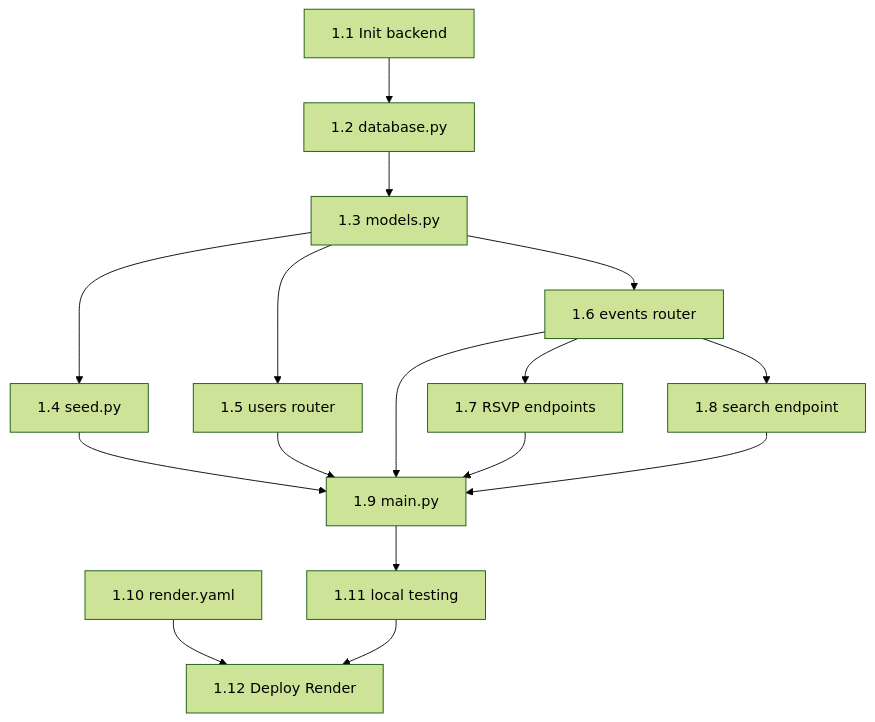
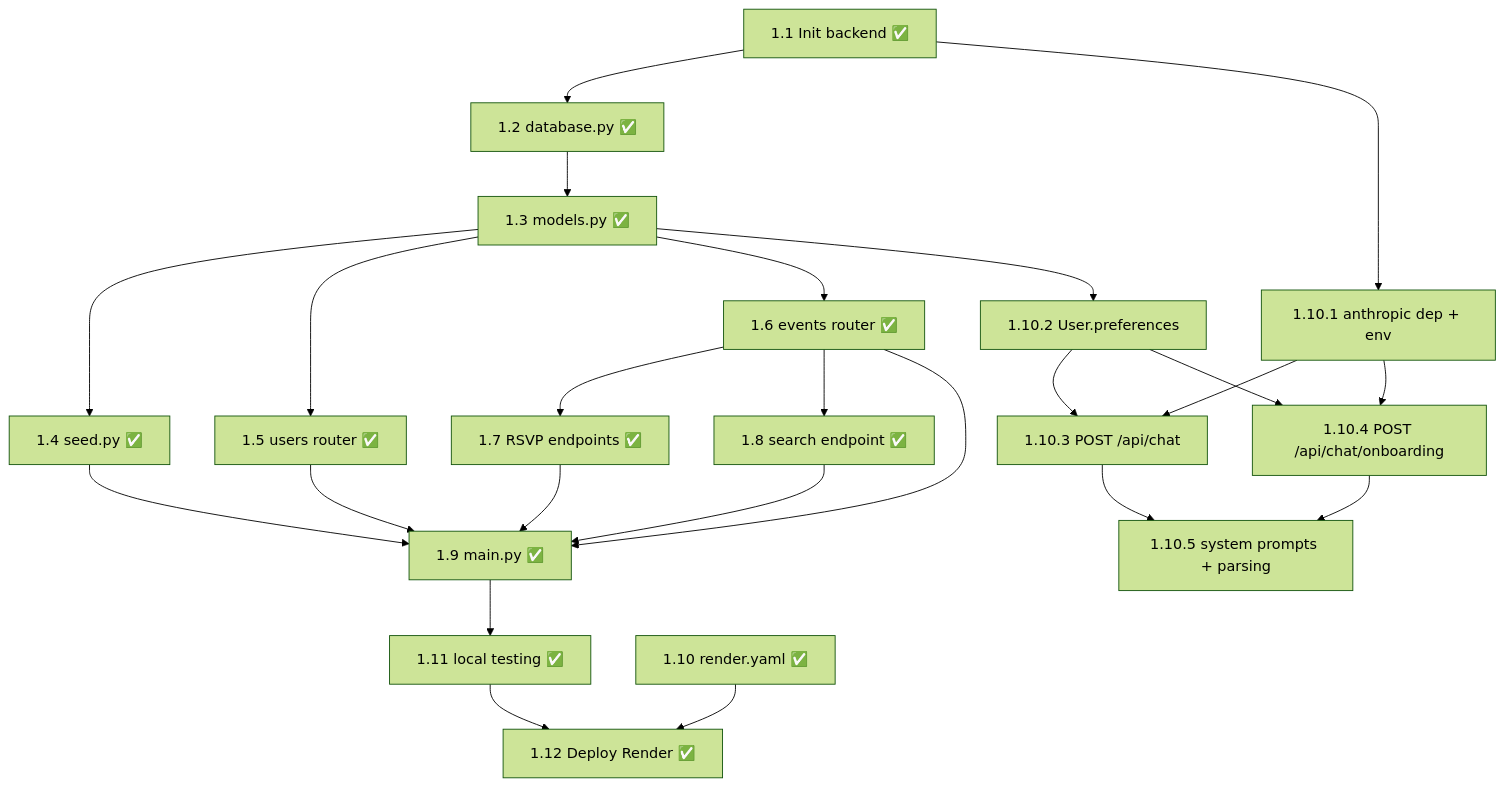
The diagram in docs/dev1-dependencies.md (matthewpaolosbilo/claude-impact-lab-melbourne-team-5), drawn with Mermaid (forest theme) before and after one commit. The commit also changed other lines of this file and 4 other files, not shown here.

````diff
--- a/docs/dev1-dependencies.md
+++ b/docs/dev1-dependencies.md
@@ -32,18 +37,27 @@
 ```mermaid
 graph TD
-    1.1[1.1 Init backend] --> 1.2[1.2 database.py]
-    1.2 --> 1.3[1.3 models.py]
-    1.3 --> 1.4[1.4 seed.py]
-    1.3 --> 1.5[1.5 users router]
-    1.3 --> 1.6[1.6 events router]
-    1.6 --> 1.7[1.7 RSVP endpoints]
-    1.6 --> 1.8[1.8 search endpoint]
-    1.4 --> 1.9[1.9 main.py]
+    1.1[1.1 Init backend ✅] --> 1.2[1.2 database.py ✅]
+    1.2 --> 1.3[1.3 models.py ✅]
+    1.3 --> 1.4[1.4 seed.py ✅]
+    1.3 --> 1.5[1.5 users router ✅]
+    1.3 --> 1.6[1.6 events router ✅]
+    1.6 --> 1.7[1.7 RSVP endpoints ✅]
+    1.6 --> 1.8[1.8 search endpoint ✅]
+    1.4 --> 1.9[1.9 main.py ✅]
     1.5 --> 1.9
     1.6 --> 1.9
     1.7 --> 1.9
     1.8 --> 1.9
-    1.9 --> 1.11[1.11 local testing]
-    1.10[1.10 render.yaml] --> 1.12[1.12 Deploy Render]
+    1.9 --> 1.11[1.11 local testing ✅]
+    1.10[1.10 render.yaml ✅] --> 1.12[1.12 Deploy Render ✅]
     1.11 --> 1.12
+
+    1.1 --> 1.10.1[1.10.1 anthropic dep + env]
+    1.3 --> 1.10.2[1.10.2 User.preferences]
+    1.10.1 --> 1.10.3[1.10.3 POST /api/chat]
+    1.10.2 --> 1.10.3
+    1.10.1 --> 1.10.4[1.10.4 POST /api/chat/onboarding]
+    1.10.2 --> 1.10.4
+    1.10.3 --> 1.10.5[1.10.5 system prompts + parsing]
+    1.10.4 --> 1.10.5
 ```
````
